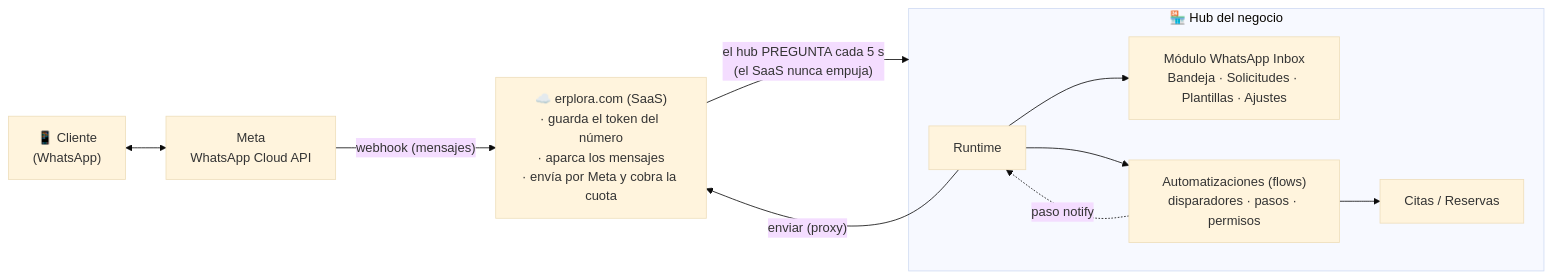
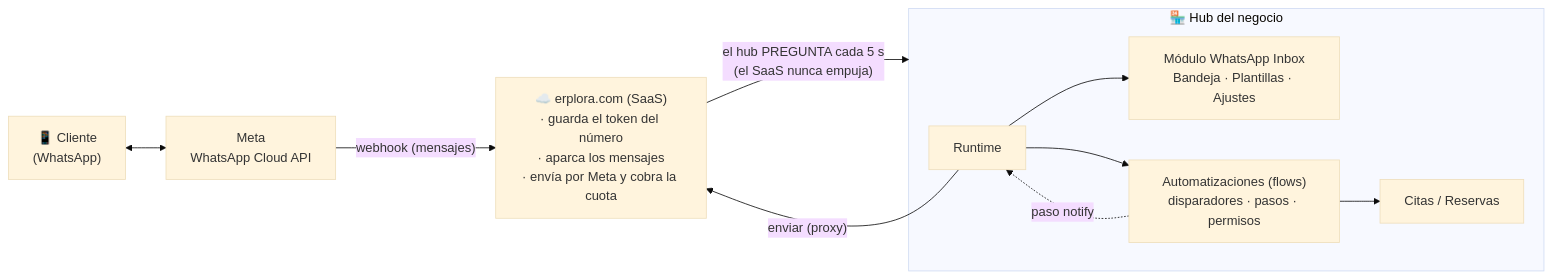
The first of 5 diagrams in docs/como-funciona.md (ERPlora/whatsapp_inbox), drawn with Mermaid (base theme) before and after one commit. The commit also changed other lines of this file and 43 other files, not shown here.

First line of the commit message:
El asistente ya no ofrece operaciones de «Solicitudes» de WhatsApp: se retira el pipeline que nada alimentaba (#206) (#221)

````diff
--- a/docs/como-funciona.md
+++ b/docs/como-funciona.md
@@ -19,13 +19,13 @@
 ```mermaid
 flowchart LR
     C["📱 Cliente<br/>(WhatsApp)"] <--> M["Meta<br/>WhatsApp Cloud API"]
     M -- "webhook (mensajes)" --> S["☁️ erplora.com (SaaS)<br/>· guarda el token del número<br/>· aparca los mensajes<br/>· envía por Meta y cobra la cuota"]
     S -- "el hub PREGUNTA cada 5 s<br/>(el SaaS nunca empuja)" --> H
     subgraph H["🏪 Hub del negocio"]
-        R["Runtime"] --> W["Módulo WhatsApp Inbox<br/>Bandeja · Solicitudes · Plantillas · Ajustes"]
+        R["Runtime"] --> W["Módulo WhatsApp Inbox<br/>Bandeja · Plantillas · Ajustes"]
         R --> F["Automatizaciones (flows)<br/>disparadores · pasos · permisos"]
         F --> A["Citas / Reservas"]
         F -. "paso notify" .-> R
     end
     R -- "enviar (proxy)" --> S
 ```
````
